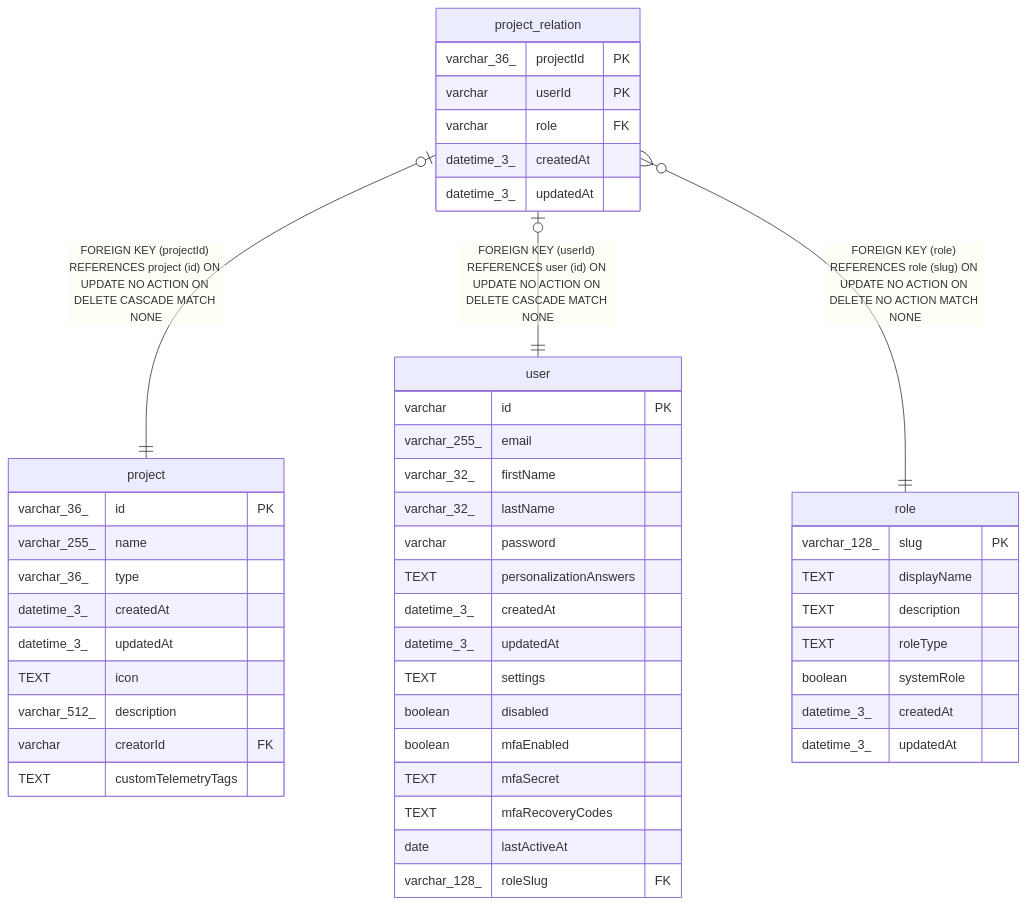
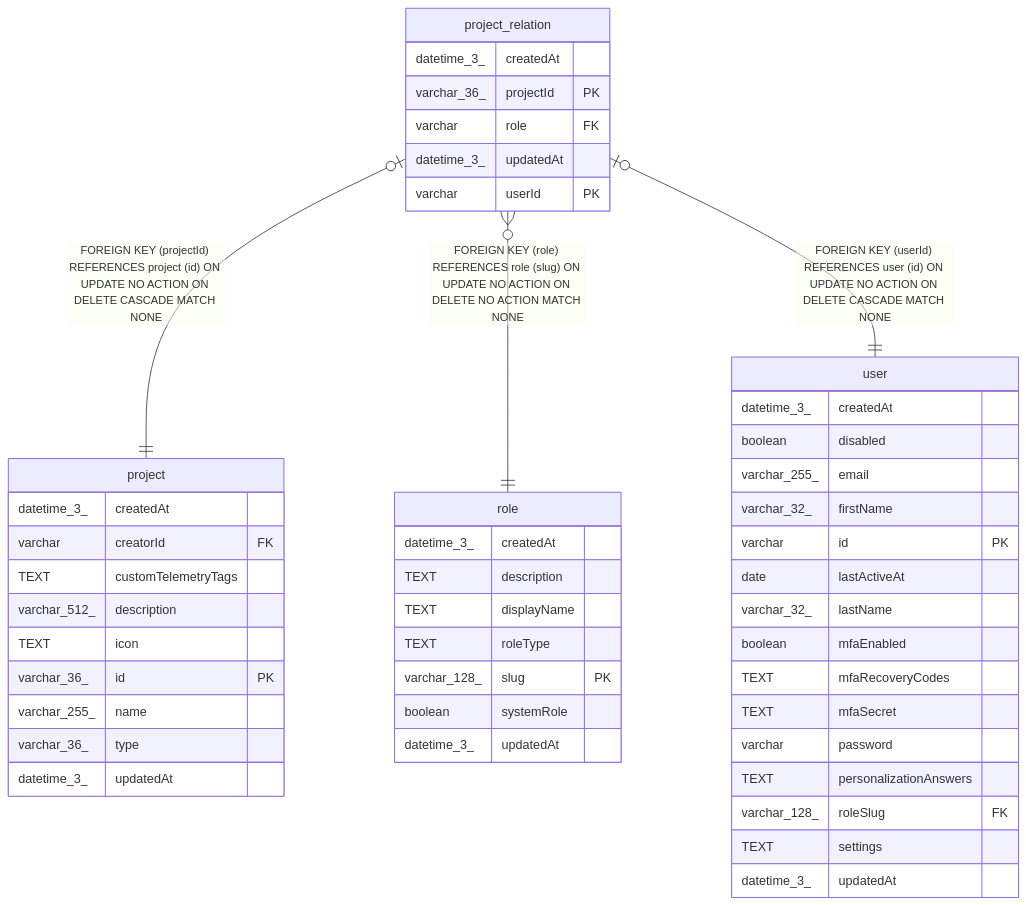
The diagram in docs/generated/sqlite-schema/project_relation.md (mayankjain1815-commits/n8n), drawn with Mermaid before and after one commit. The commit also changed other lines of this file and 221 other files, not shown here.

Commit message:
chore(core): Make DB schema docs generation deterministic (#32373)

````diff
--- a/docs/generated/sqlite-schema/project_relation.md
+++ b/docs/generated/sqlite-schema/project_relation.md
@@ -47,52 +47,52 @@
 ```mermaid
 erDiagram
 
 "project_relation" |o--|| "project" : "FOREIGN KEY (projectId) REFERENCES project (id) ON UPDATE NO ACTION ON DELETE CASCADE MATCH NONE"
+"project_relation" }o--|| "role" : "FOREIGN KEY (role) REFERENCES role (slug) ON UPDATE NO ACTION ON DELETE NO ACTION MATCH NONE"
 "project_relation" |o--|| "user" : "FOREIGN KEY (userId) REFERENCES user (id) ON UPDATE NO ACTION ON DELETE CASCADE MATCH NONE"
-"project_relation" }o--|| "role" : "FOREIGN KEY (role) REFERENCES role (slug) ON UPDATE NO ACTION ON DELETE NO ACTION MATCH NONE"
 
 "project_relation" {
+  datetime_3_ createdAt
   varchar_36_ projectId PK
+  varchar role FK
+  datetime_3_ updatedAt
   varchar userId PK
-  varchar role FK
-  datetime_3_ createdAt
-  datetime_3_ updatedAt
 }
 "project" {
+  datetime_3_ createdAt
+  varchar creatorId FK
+  TEXT customTelemetryTags
+  varchar_512_ description
+  TEXT icon
   varchar_36_ id PK
   varchar_255_ name
   varchar_36_ type
+  datetime_3_ updatedAt
+}
+"role" {
   datetime_3_ createdAt
+  TEXT description
+  TEXT displayName
+  TEXT roleType
+  varchar_128_ slug PK
+  boolean systemRole
   datetime_3_ updatedAt
-  TEXT icon
-  varchar_512_ description
-  varchar creatorId FK
-  TEXT customTelemetryTags
 }
 "user" {
-  varchar id PK
+  datetime_3_ createdAt
+  boolean disabled
   varchar_255_ email
   varchar_32_ firstName
+  varchar id PK
+  date lastActiveAt
   varchar_32_ lastName
+  boolean mfaEnabled
+  TEXT mfaRecoveryCodes
+  TEXT mfaSecret
   varchar password
   TEXT personalizationAnswers
-  datetime_3_ createdAt
-  datetime_3_ updatedAt
+  varchar_128_ roleSlug FK
   TEXT settings
-  boolean disabled
-  boolean mfaEnabled
-  TEXT mfaSecret
-  TEXT mfaRecoveryCodes
-  date lastActiveAt
-  varchar_128_ roleSlug FK
-}
-"role" {
-  varchar_128_ slug PK
-  TEXT displayName
-  TEXT description
-  TEXT roleType
-  boolean systemRole
-  datetime_3_ createdAt
   datetime_3_ updatedAt
 }
 ```
````
